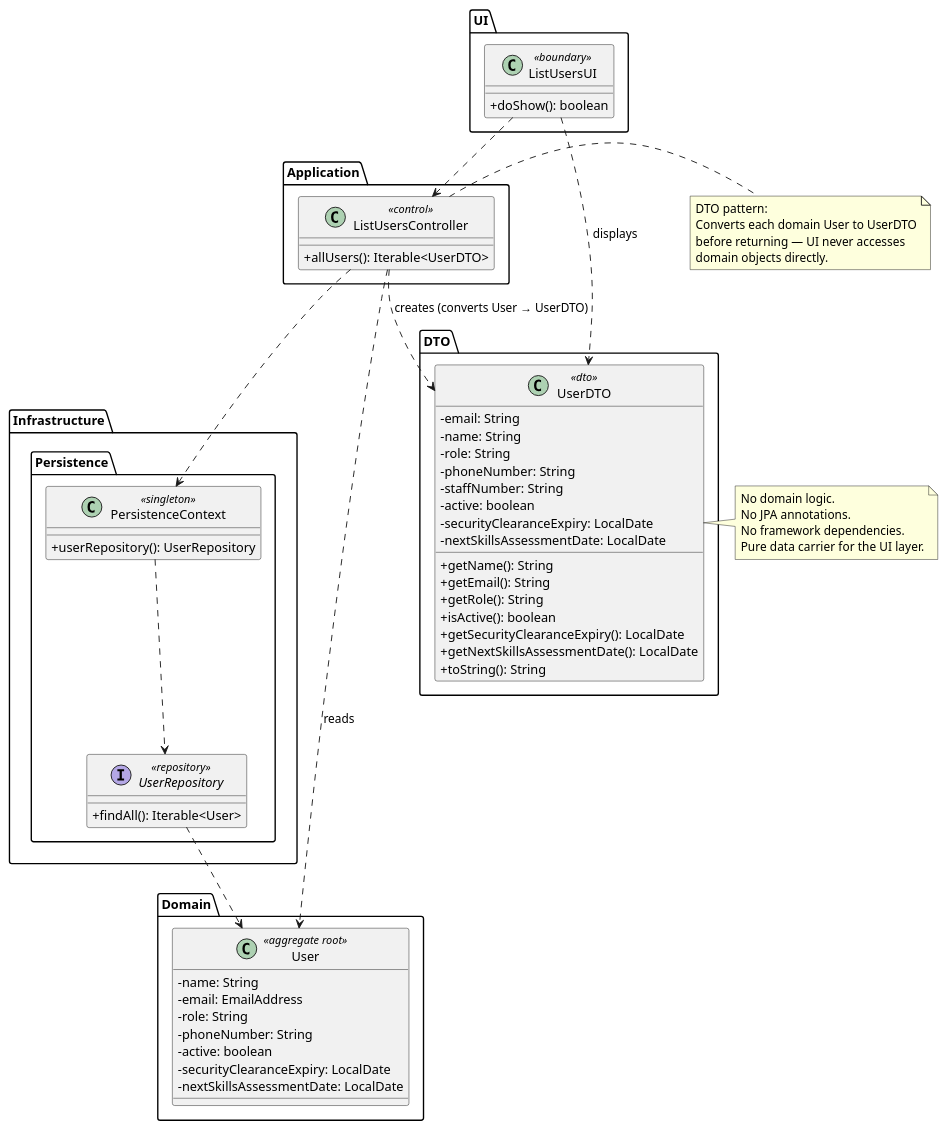
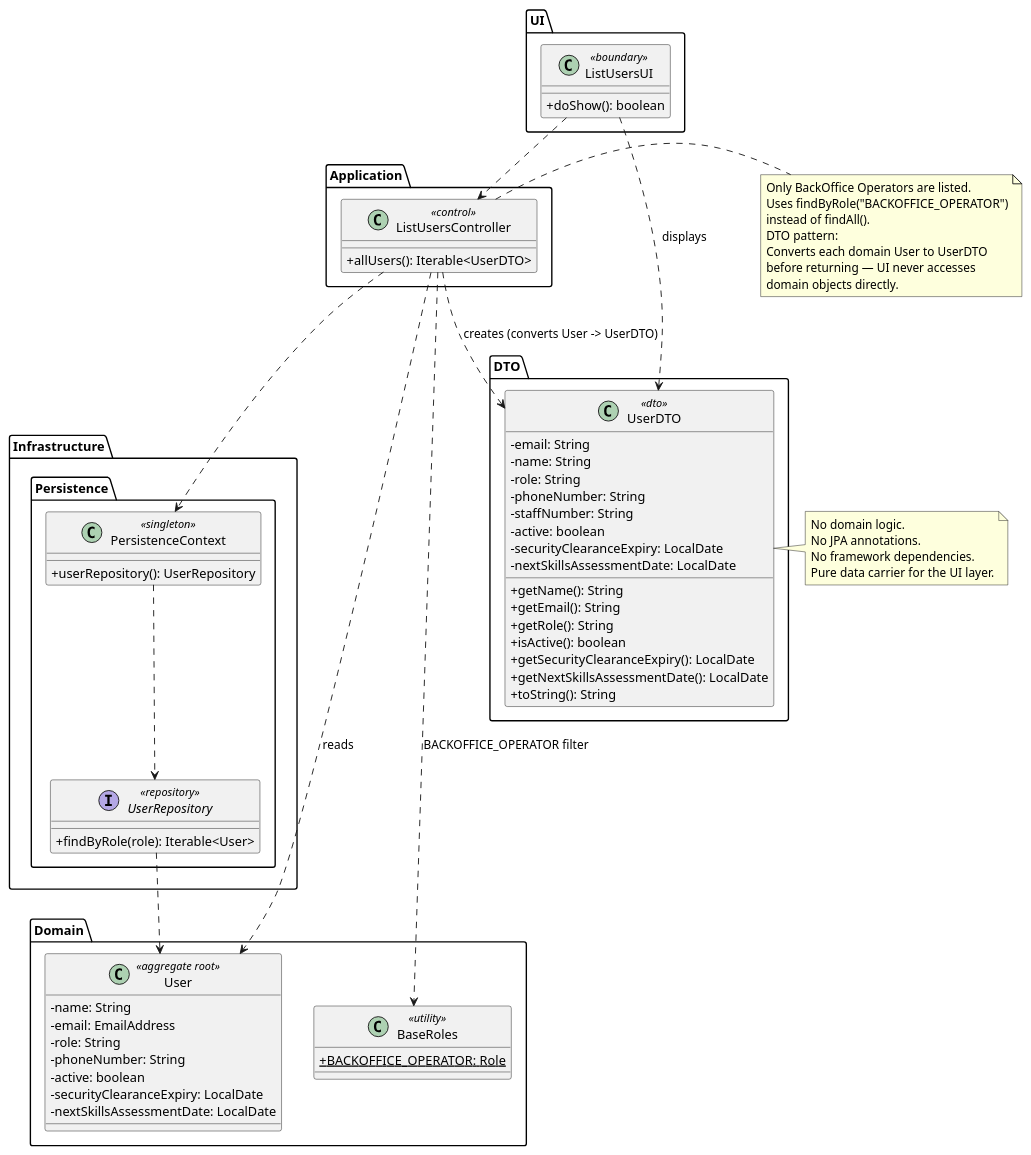
One commit to DuartePinto1240/sem4pi2526-sem4pi2526_2da2 changed the diagram in docs/Sprint 3/EAPLI/US033/puml/US033-class-diagram.puml. Above: the diagram before and after it, drawn with PlantUML. The commit also changed 31 other files, not shown here.

```diff
--- a/docs/Sprint 3/EAPLI/US033/puml/US033-class-diagram.puml
+++ b/docs/Sprint 3/EAPLI/US033/puml/US033-class-diagram.puml
@@ -1,78 +1,85 @@
 @startuml
 skinparam classAttributeIconSize 0
 
 package "UI" {
   class ListUsersUI <<boundary>> {
     +doShow(): boolean
   }
 }
 
 package "Application" {
   class ListUsersController <<control>> {
     +allUsers(): Iterable<UserDTO>
   }
 }
 
 package "DTO" {
   class UserDTO <<dto>> {
     -email: String
     -name: String
     -role: String
     -phoneNumber: String
     -staffNumber: String
     -active: boolean
     -securityClearanceExpiry: LocalDate
     -nextSkillsAssessmentDate: LocalDate
     +getName(): String
     +getEmail(): String
     +getRole(): String
     +isActive(): boolean
     +getSecurityClearanceExpiry(): LocalDate
     +getNextSkillsAssessmentDate(): LocalDate
     +toString(): String
   }
 }
 
 package "Domain" {
   class User <<aggregate root>> {
     -name: String
     -email: EmailAddress
     -role: String
     -phoneNumber: String
     -active: boolean
     -securityClearanceExpiry: LocalDate
     -nextSkillsAssessmentDate: LocalDate
   }
+  class BaseRoles <<utility>> {
+    {static} +BACKOFFICE_OPERATOR: Role
+  }
 }
 
 package "Infrastructure.Persistence" {
   class PersistenceContext <<singleton>> {
     +userRepository(): UserRepository
   }
   interface UserRepository <<repository>> {
-    +findAll(): Iterable<User>
+    +findByRole(role): Iterable<User>
   }
 }
 
 ListUsersUI ..> ListUsersController
 ListUsersUI ..> UserDTO : displays
 ListUsersController ..> PersistenceContext
+ListUsersController ..> BaseRoles : BACKOFFICE_OPERATOR filter
 ListUsersController ..> User : reads
-ListUsersController ..> UserDTO : creates (converts User → UserDTO)
+ListUsersController ..> UserDTO : creates (converts User -> UserDTO)
 PersistenceContext ..> UserRepository
 UserRepository ..> User
 
 note right of ListUsersController
+  Only BackOffice Operators are listed.
+  Uses findByRole("BACKOFFICE_OPERATOR")
+  instead of findAll().
   DTO pattern:
   Converts each domain User to UserDTO
   before returning — UI never accesses
   domain objects directly.
 end note
 
 note right of UserDTO
   No domain logic.
   No JPA annotations.
   No framework dependencies.
   Pure data carrier for the UI layer.
 end note
 @enduml
```
